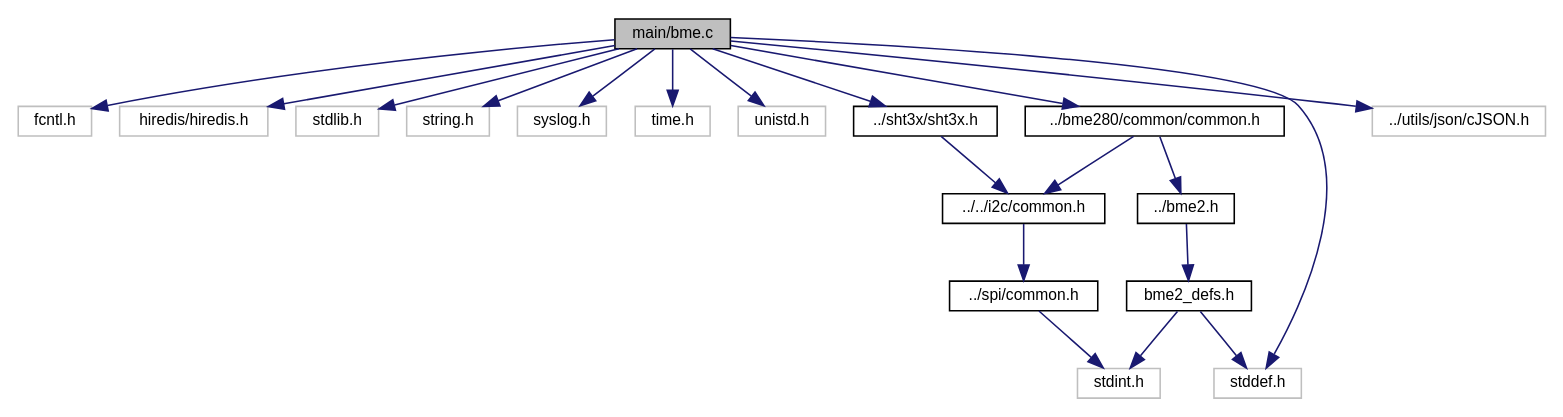
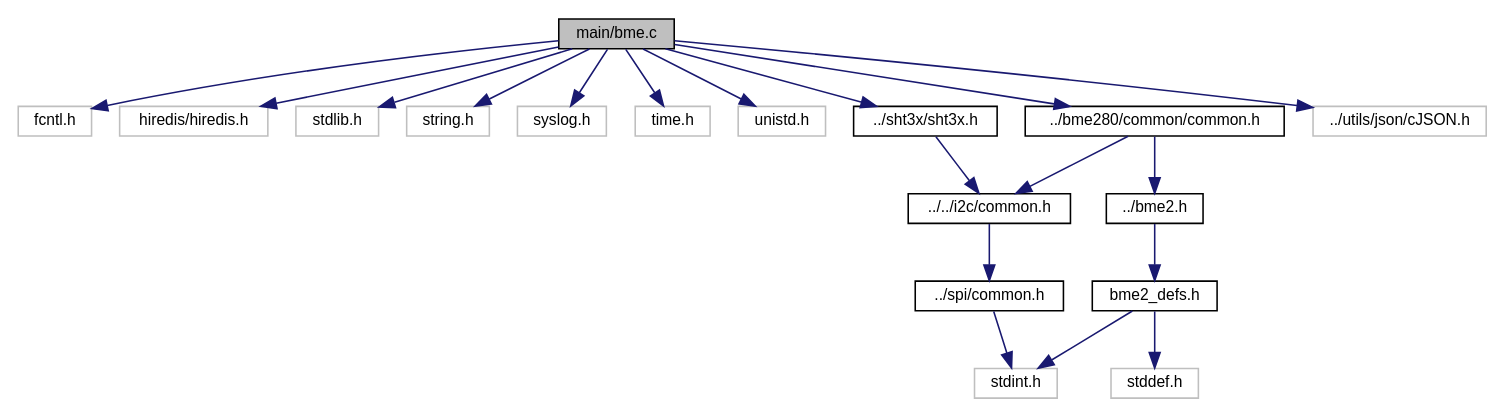
The diagram in bme_8c__incl.dot (cnpem-emi/simar-sw), drawn with Graphviz before and after one commit. The commit also changed 333 other files, not shown here.

```diff
--- a/bme_8c__incl.dot
+++ b/bme_8c__incl.dot
@@ -1,42 +1,41 @@
 digraph "main/bme.c"
 {
  // LATEX_PDF_SIZE
   edge [fontname="Helvetica",fontsize="10",labelfontname="Helvetica",labelfontsize="10"];
   node [fontname="Helvetica",fontsize="10",shape=record];
   Node1 [label="main/bme.c",height=0.2,width=0.4,color="black", fillcolor="grey75", style="filled", fontcolor="black",tooltip="Main starting point for BME280 sensor module."];
   Node1 -> Node2 [color="midnightblue",fontsize="10",style="solid",fontname="Helvetica"];
   Node2 [label="fcntl.h",height=0.2,width=0.4,color="grey75", fillcolor="white", style="filled",tooltip=" "];
   Node1 -> Node3 [color="midnightblue",fontsize="10",style="solid",fontname="Helvetica"];
   Node3 [label="hiredis/hiredis.h",height=0.2,width=0.4,color="grey75", fillcolor="white", style="filled",tooltip=" "];
   Node1 -> Node4 [color="midnightblue",fontsize="10",style="solid",fontname="Helvetica"];
   Node4 [label="stdlib.h",height=0.2,width=0.4,color="grey75", fillcolor="white", style="filled",tooltip=" "];
   Node1 -> Node5 [color="midnightblue",fontsize="10",style="solid",fontname="Helvetica"];
   Node5 [label="string.h",height=0.2,width=0.4,color="grey75", fillcolor="white", style="filled",tooltip=" "];
   Node1 -> Node6 [color="midnightblue",fontsize="10",style="solid",fontname="Helvetica"];
   Node6 [label="syslog.h",height=0.2,width=0.4,color="grey75", fillcolor="white", style="filled",tooltip=" "];
   Node1 -> Node7 [color="midnightblue",fontsize="10",style="solid",fontname="Helvetica"];
   Node7 [label="time.h",height=0.2,width=0.4,color="grey75", fillcolor="white", style="filled",tooltip=" "];
   Node1 -> Node8 [color="midnightblue",fontsize="10",style="solid",fontname="Helvetica"];
   Node8 [label="unistd.h",height=0.2,width=0.4,color="grey75", fillcolor="white", style="filled",tooltip=" "];
   Node1 -> Node9 [color="midnightblue",fontsize="10",style="solid",fontname="Helvetica"];
   Node9 [label="../bme280/common/common.h",height=0.2,width=0.4,color="black", fillcolor="white", style="filled",URL="$bme280_2common_2common_8h.html",tooltip="Common declarations for BME280 operation on AM335x."];
   Node9 -> Node10 [color="midnightblue",fontsize="10",style="solid",fontname="Helvetica"];
   Node10 [label="../../i2c/common.h",height=0.2,width=0.4,color="black", fillcolor="white", style="filled",URL="$i2c_2common_8h.html",tooltip="Common declarations for I2C operations."];
   Node10 -> Node11 [color="midnightblue",fontsize="10",style="solid",fontname="Helvetica"];
   Node11 [label="../spi/common.h",height=0.2,width=0.4,color="black", fillcolor="white", style="filled",URL="$spi_2common_8h.html",tooltip="Common declarations for SPI operations."];
   Node11 -> Node12 [color="midnightblue",fontsize="10",style="solid",fontname="Helvetica"];
   Node12 [label="stdint.h",height=0.2,width=0.4,color="grey75", fillcolor="white", style="filled",tooltip=" "];
   Node9 -> Node13 [color="midnightblue",fontsize="10",style="solid",fontname="Helvetica"];
   Node13 [label="../bme2.h",height=0.2,width=0.4,color="black", fillcolor="white", style="filled",URL="$bme2_8h.html",tooltip=" "];
   Node13 -> Node14 [color="midnightblue",fontsize="10",style="solid",fontname="Helvetica"];
   Node14 [label="bme2_defs.h",height=0.2,width=0.4,color="black", fillcolor="white", style="filled",URL="$bme2__defs_8h.html",tooltip=" "];
   Node14 -> Node15 [color="midnightblue",fontsize="10",style="solid",fontname="Helvetica"];
   Node15 [label="stddef.h",height=0.2,width=0.4,color="grey75", fillcolor="white", style="filled",tooltip=" "];
   Node14 -> Node12 [color="midnightblue",fontsize="10",style="solid",fontname="Helvetica"];
   Node1 -> Node16 [color="midnightblue",fontsize="10",style="solid",fontname="Helvetica"];
   Node16 [label="../sht3x/sht3x.h",height=0.2,width=0.4,color="black", fillcolor="white", style="filled",URL="$sht3x_8h.html",tooltip="Sensirion SHT driver interface."];
   Node16 -> Node10 [color="midnightblue",fontsize="10",style="solid",fontname="Helvetica"];
   Node1 -> Node17 [color="midnightblue",fontsize="10",style="solid",fontname="Helvetica"];
   Node17 [label="../utils/json/cJSON.h",height=0.2,width=0.4,color="grey75", fillcolor="white", style="filled",tooltip=" "];
-  Node1 -> Node15 [color="midnightblue",fontsize="10",style="solid",fontname="Helvetica"];
 }
```
